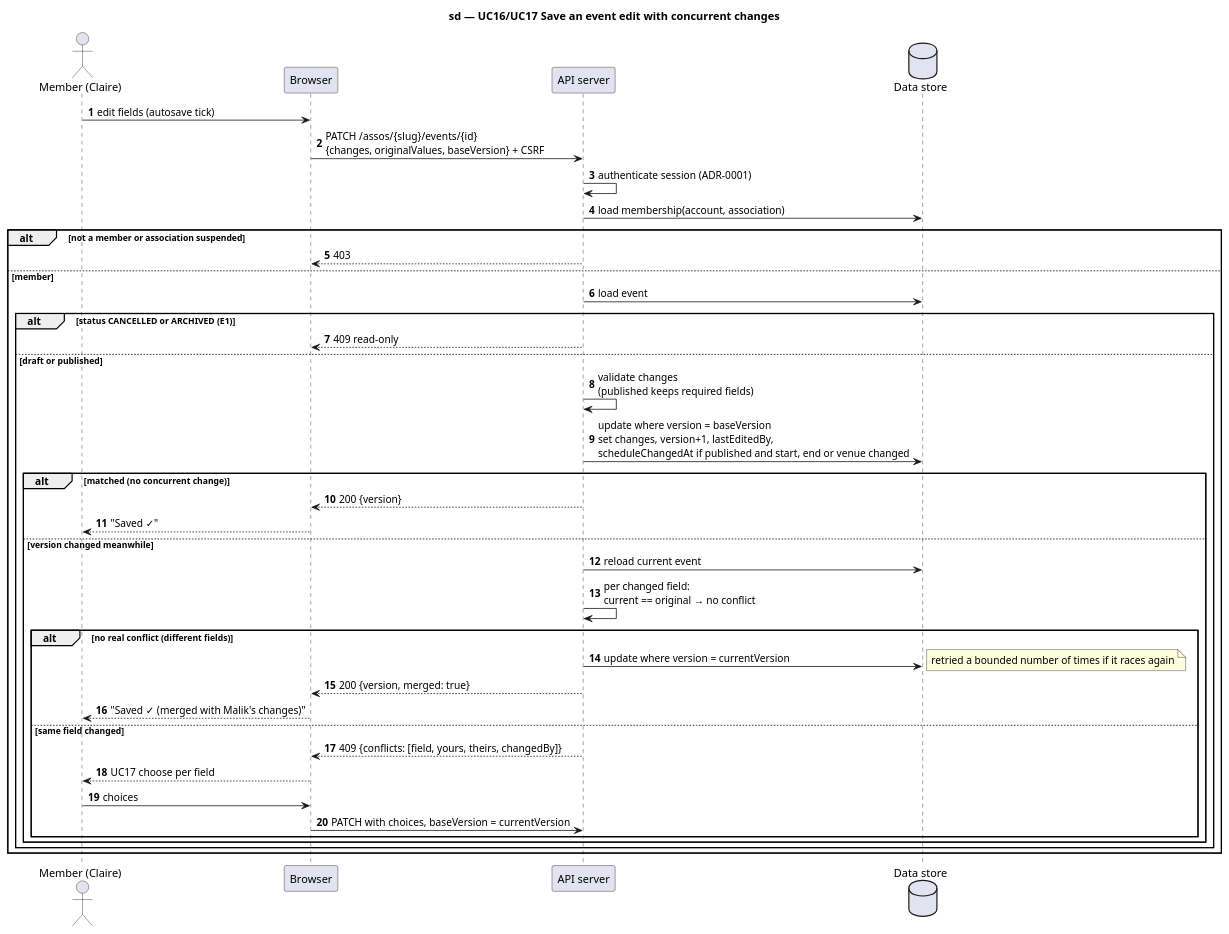
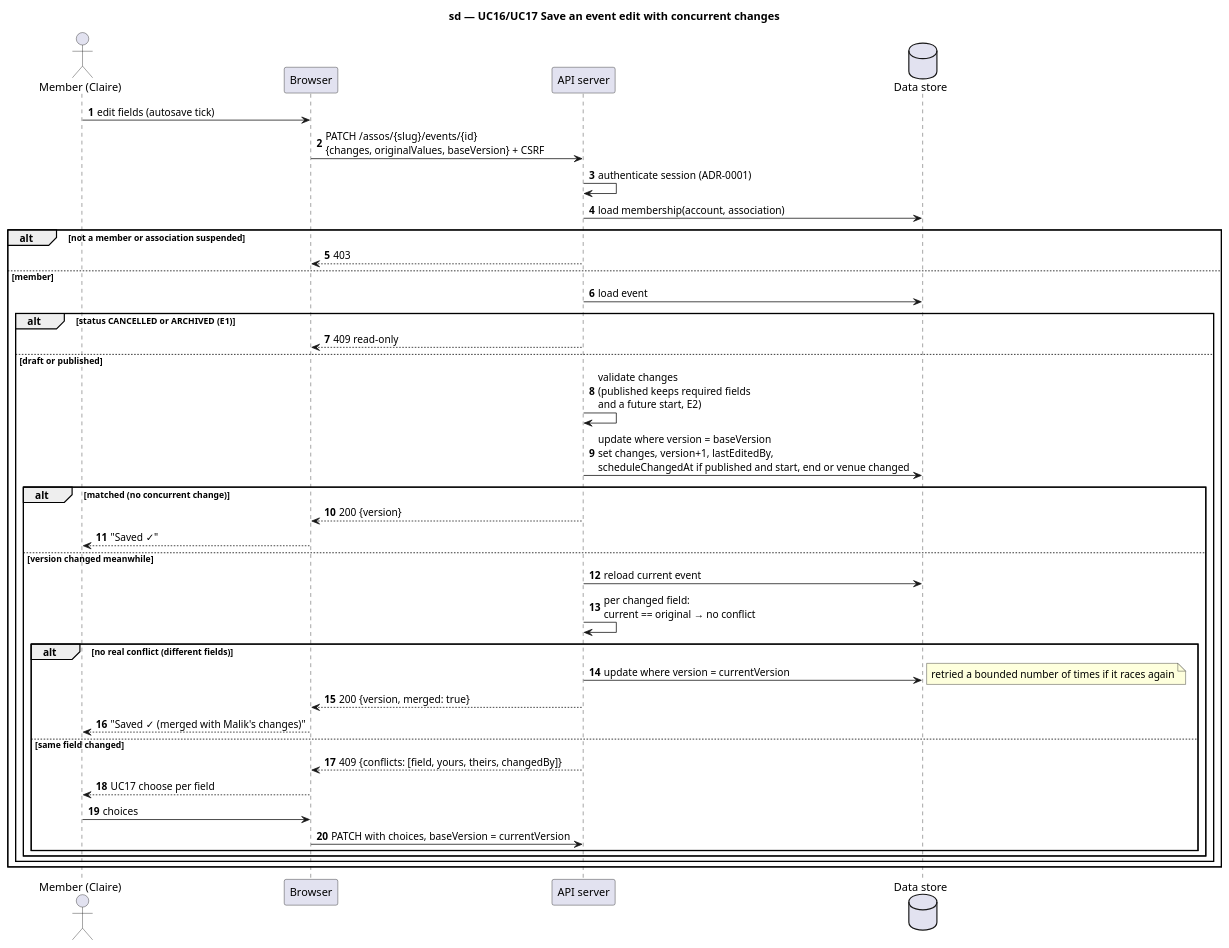
The diagram in docs/architecture/diagrams/v1-events/02a-sequence-autosave-conflict.puml (benoit-bremaud/HappiHub), drawn with PlantUML before and after one commit. The commit also changed 14 other files, not shown here.

First line of the commit message:
docs(uml): apply review to class and sequence diagrams

```diff
--- a/docs/architecture/diagrams/v1-events/02a-sequence-autosave-conflict.puml
+++ b/docs/architecture/diagrams/v1-events/02a-sequence-autosave-conflict.puml
@@ -1,43 +1,43 @@
 @startuml
 title sd — UC16/UC17 Save an event edit with concurrent changes
 skinparam shadowing false
 autonumber
 actor "Member (Claire)" as M
 participant "Browser" as B
 participant "API server" as A
 database "Data store" as D
 
 M -> B : edit fields (autosave tick)
 B -> A : PATCH /assos/{slug}/events/{id}\n{changes, originalValues, baseVersion} + CSRF
 A -> A : authenticate session (ADR-0001)
 A -> D : load membership(account, association)
 alt not a member or association suspended
   A --> B : 403
 else member
   A -> D : load event
   alt status CANCELLED or ARCHIVED (E1)
     A --> B : 409 read-only
   else draft or published
-    A -> A : validate changes\n(published keeps required fields)
+    A -> A : validate changes\n(published keeps required fields\nand a future start, E2)
     A -> D : update where version = baseVersion\nset changes, version+1, lastEditedBy,\nscheduleChangedAt if published and start, end or venue changed
     alt matched (no concurrent change)
       A --> B : 200 {version}
       B --> M : "Saved ✓"
     else version changed meanwhile
       A -> D : reload current event
       A -> A : per changed field:\ncurrent == original → no conflict
       alt no real conflict (different fields)
         A -> D : update where version = currentVersion
         note right : retried a bounded number of times if it races again
         A --> B : 200 {version, merged: true}
         B --> M : "Saved ✓ (merged with Malik's changes)"
       else same field changed
         A --> B : 409 {conflicts: [field, yours, theirs, changedBy]}
         B --> M : UC17 choose per field
         M -> B : choices
         B -> A : PATCH with choices, baseVersion = currentVersion
       end
     end
   end
 end
 @enduml
```
